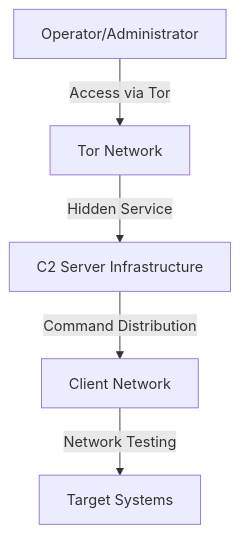
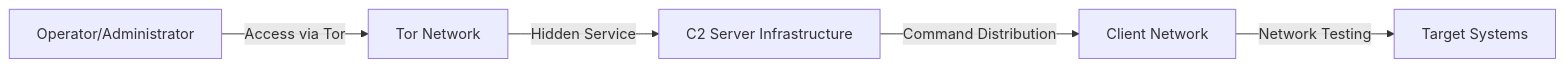
Before and after one commit to Birdo1221/test: the second of 8 diagrams in README.md, drawn with Mermaid.

````diff
--- a/README.md
+++ b/README.md
@@ -38,7 +38,7 @@
 ```mermaid
-graph TB
+graph LR
     User["Operator/Administrator"] -->|"Access via Tor"| TorNetwork["Tor Network"]
     TorNetwork -->|"Hidden Service"| C2Server["C2 Server Infrastructure"]
     C2Server -->|"Command Distribution"| Clients["Client Network"]
     Clients -->|"Network Testing"| Target["Target Systems"]
 ```
````
